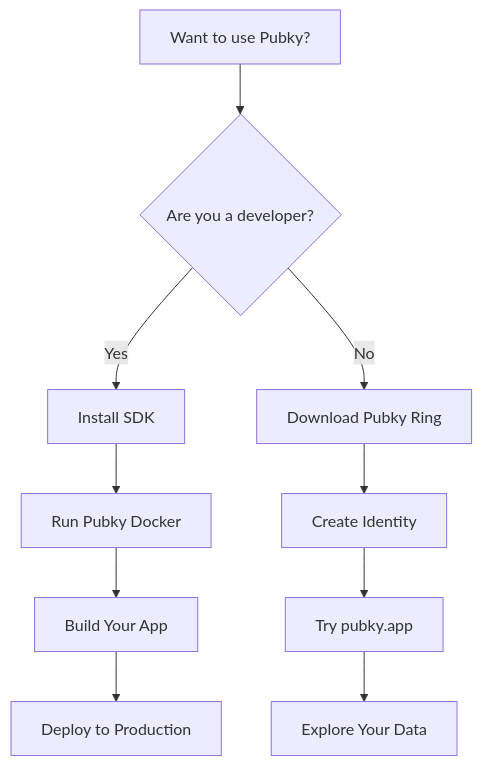
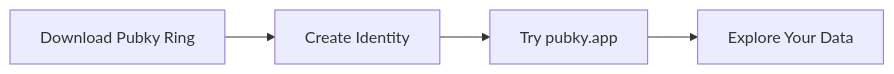
Before and after one commit to pubky/pubky-knowledge-base-v2: the diagram in src/content/docs/getting-started.md, drawn with Mermaid. The commit also changed other lines of this file and 5 other files, not shown here.

````diff
--- a/src/content/docs/getting-started.md
+++ b/src/content/docs/getting-started.md
@@ -7,12 +11,6 @@
 ```mermaid
-flowchart TD
-    Start[Want to use Pubky?] --> Q1{Are you a developer?}
-    Q1 -->|Yes| Dev[Install SDK]
-    Q1 -->|No| User[Download Pubky Ring]
-    Dev --> DevStack[Run Pubky Docker]
-    DevStack --> DevBuild[Build Your App]
-    DevBuild --> DevDeploy[Deploy to Production]
-    User --> UserCreate[Create Identity]
-    UserCreate --> UserApp[Try pubky.app]
-    UserApp --> UserExplore[Explore Your Data]
+flowchart LR
+    Ring[Download Pubky Ring] --> Identity[Create Identity]
+    Identity --> App[Try pubky.app]
+    App --> Data[Explore Your Data]
 ```
````
